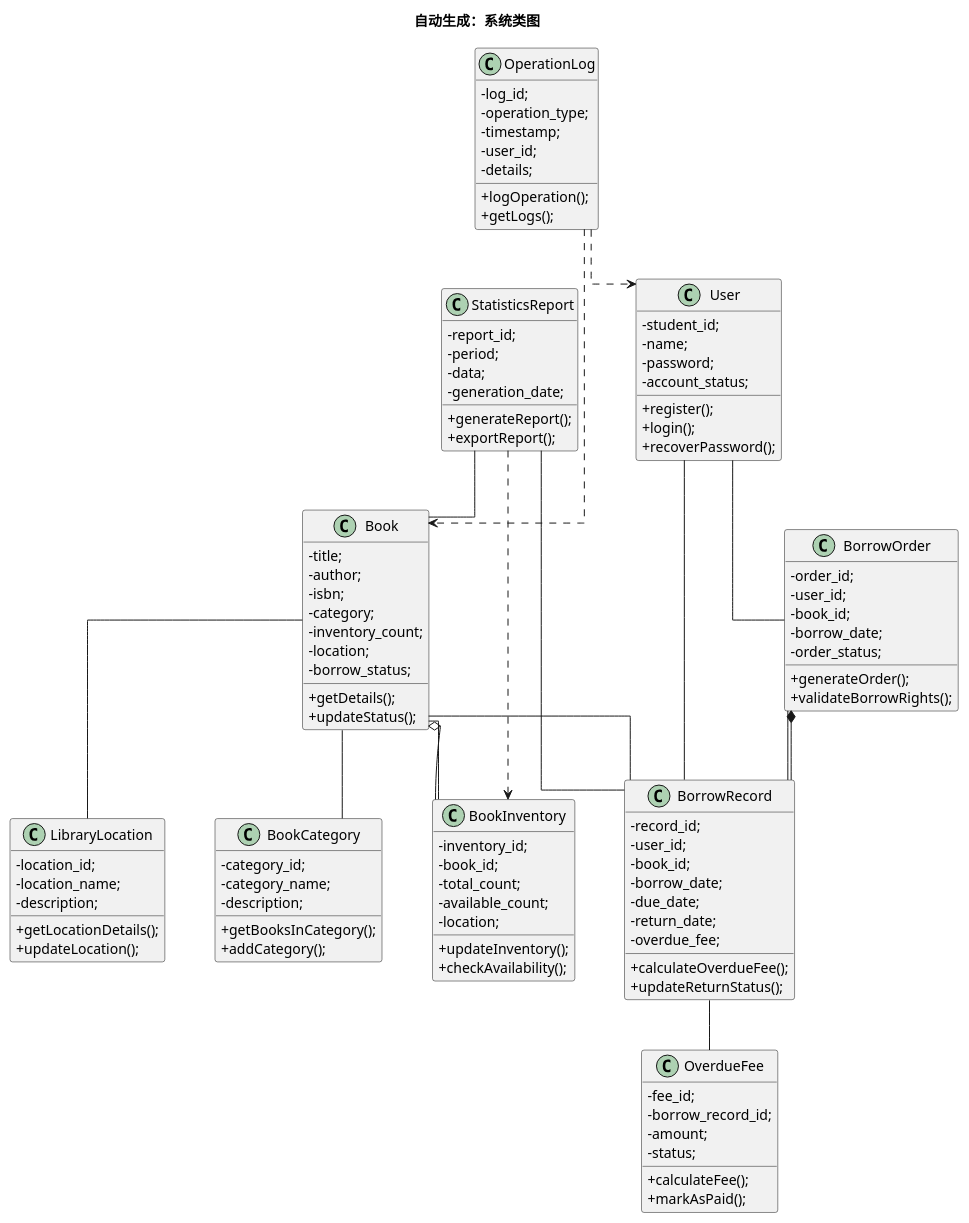
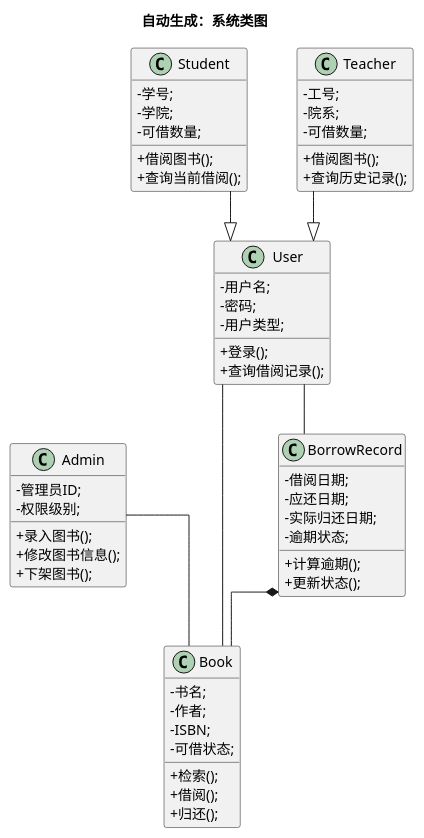
Before and after one commit to Sunday17/UML-LLM: the diagram in output/test_class.puml, drawn with PlantUML. The commit also changed 35 other files, not shown here.

Commit message:
时序图1.0只能跑通

```diff
--- a/output/test_class.puml
+++ b/output/test_class.puml
@@ -1,195 +1,118 @@
 @startuml
 title 自动生成：系统类图
 skinparam classAttributeIconSize 0
 skinparam linetype ortho
 skinparam nodesep 50
 skinparam ranksep 50
 
 ' ==========================================
 ' 1. 定义类及其属性与方法
 ' ==========================================
 
 class "User" {
   ' 属性区 (默认设为 private: -)
-  - student_id;
-  - name;
-  - password;
-  - account_status;
+  - 用户名;
+  - 密码;
+  - 用户类型;
   
   ' 方法区 (默认设为 public: +)
-  + register();
-  + login();
-  + recoverPassword();
+  + 登录();
+  + 查询借阅记录();
 }
 
 class "Book" {
   ' 属性区 (默认设为 private: -)
-  - title;
-  - author;
-  - isbn;
-  - category;
-  - inventory_count;
-  - location;
-  - borrow_status;
+  - 书名;
+  - 作者;
+  - ISBN;
+  - 可借状态;
   
   ' 方法区 (默认设为 public: +)
-  + getDetails();
-  + updateStatus();
+  + 检索();
+  + 借阅();
+  + 归还();
 }
 
 class "BorrowRecord" {
   ' 属性区 (默认设为 private: -)
-  - record_id;
-  - user_id;
-  - book_id;
-  - borrow_date;
-  - due_date;
-  - return_date;
-  - overdue_fee;
+  - 借阅日期;
+  - 应还日期;
+  - 实际归还日期;
+  - 逾期状态;
   
   ' 方法区 (默认设为 public: +)
-  + calculateOverdueFee();
-  + updateReturnStatus();
+  + 计算逾期();
+  + 更新状态();
 }
 
-class "BorrowOrder" {
+class "Admin" {
   ' 属性区 (默认设为 private: -)
-  - order_id;
-  - user_id;
-  - book_id;
-  - borrow_date;
-  - order_status;
+  - 管理员ID;
+  - 权限级别;
   
   ' 方法区 (默认设为 public: +)
-  + generateOrder();
-  + validateBorrowRights();
+  + 录入图书();
+  + 修改图书信息();
+  + 下架图书();
 }
 
-class "BookCategory" {
+class "Student" {
   ' 属性区 (默认设为 private: -)
-  - category_id;
-  - category_name;
-  - description;
+  - 学号;
+  - 学院;
+  - 可借数量;
   
   ' 方法区 (默认设为 public: +)
-  + getBooksInCategory();
-  + addCategory();
+  + 借阅图书();
+  + 查询当前借阅();
 }
 
-class "LibraryLocation" {
+class "Teacher" {
   ' 属性区 (默认设为 private: -)
-  - location_id;
-  - location_name;
-  - description;
+  - 工号;
+  - 院系;
+  - 可借数量;
   
   ' 方法区 (默认设为 public: +)
-  + getLocationDetails();
-  + updateLocation();
-}
-
-class "OverdueFee" {
-  ' 属性区 (默认设为 private: -)
-  - fee_id;
-  - borrow_record_id;
-  - amount;
-  - status;
-  
-  ' 方法区 (默认设为 public: +)
-  + calculateFee();
-  + markAsPaid();
-}
-
-class "OperationLog" {
-  ' 属性区 (默认设为 private: -)
-  - log_id;
-  - operation_type;
-  - timestamp;
-  - user_id;
-  - details;
-  
-  ' 方法区 (默认设为 public: +)
-  + logOperation();
-  + getLogs();
-}
-
-class "StatisticsReport" {
-  ' 属性区 (默认设为 private: -)
-  - report_id;
-  - period;
-  - data;
-  - generation_date;
-  
-  ' 方法区 (默认设为 public: +)
-  + generateReport();
-  + exportReport();
-}
-
-class "BookInventory" {
-  ' 属性区 (默认设为 private: -)
-  - inventory_id;
-  - book_id;
-  - total_count;
-  - available_count;
-  - location;
-  
-  ' 方法区 (默认设为 public: +)
-  + updateInventory();
-  + checkAvailability();
+  + 借阅图书();
+  + 查询历史记录();
 }
 
 
 
 ' ==========================================
 ' 2. 定义类之间的关系
 ' ==========================================
 
 ' 2.1 Association (关联关系: --)
 
+"User" -- "Book"
+
 "User" -- "BorrowRecord"
 
-"User" -- "BorrowOrder"
-
-"Book" -- "BorrowRecord"
-
-"Book" -- "BookCategory"
-
-"Book" -- "LibraryLocation"
-
-"Book" -- "BookInventory"
-
-"BorrowRecord" -- "OverdueFee"
-
-"BorrowOrder" -- "BorrowRecord"
-
-"StatisticsReport" -- "BorrowRecord"
-
-"StatisticsReport" -- "Book"
+"Admin" -- "Book"
 
 
 ' 2.2 Generalization (泛化/继承关系: --|>)
 ' 注意：PlantUML 中箭头指向父类，所以如果是 ["子类", "父类"]，用 --|>
 
+"Student" --|> "User"
+
+"Teacher" --|> "User"
+
 
 ' 2.3 Composition (组合关系: *--)
 ' 注意：强整体拥有部分，如果是 ["整体", "部分"]，用 *--
 
-"BorrowOrder" *-- "BorrowRecord"
+"BorrowRecord" *-- "Book"
 
 
 ' 2.4 Aggregation (聚合关系: o--)
 ' 注意：弱整体包含部分，如果是 ["整体", "部分"]，用 o--
 
-"Book" o-- "BookInventory"
-
 
 ' 2.5 Dependency (依赖关系: ..>)
 ' 注意：源类依赖目标类，如果是 ["源类", "目标类"]，用 ..>
 
-"OperationLog" ..> "User"
-
-"OperationLog" ..> "Book"
-
-"StatisticsReport" ..> "BookInventory"
-
 
 @enduml
```
